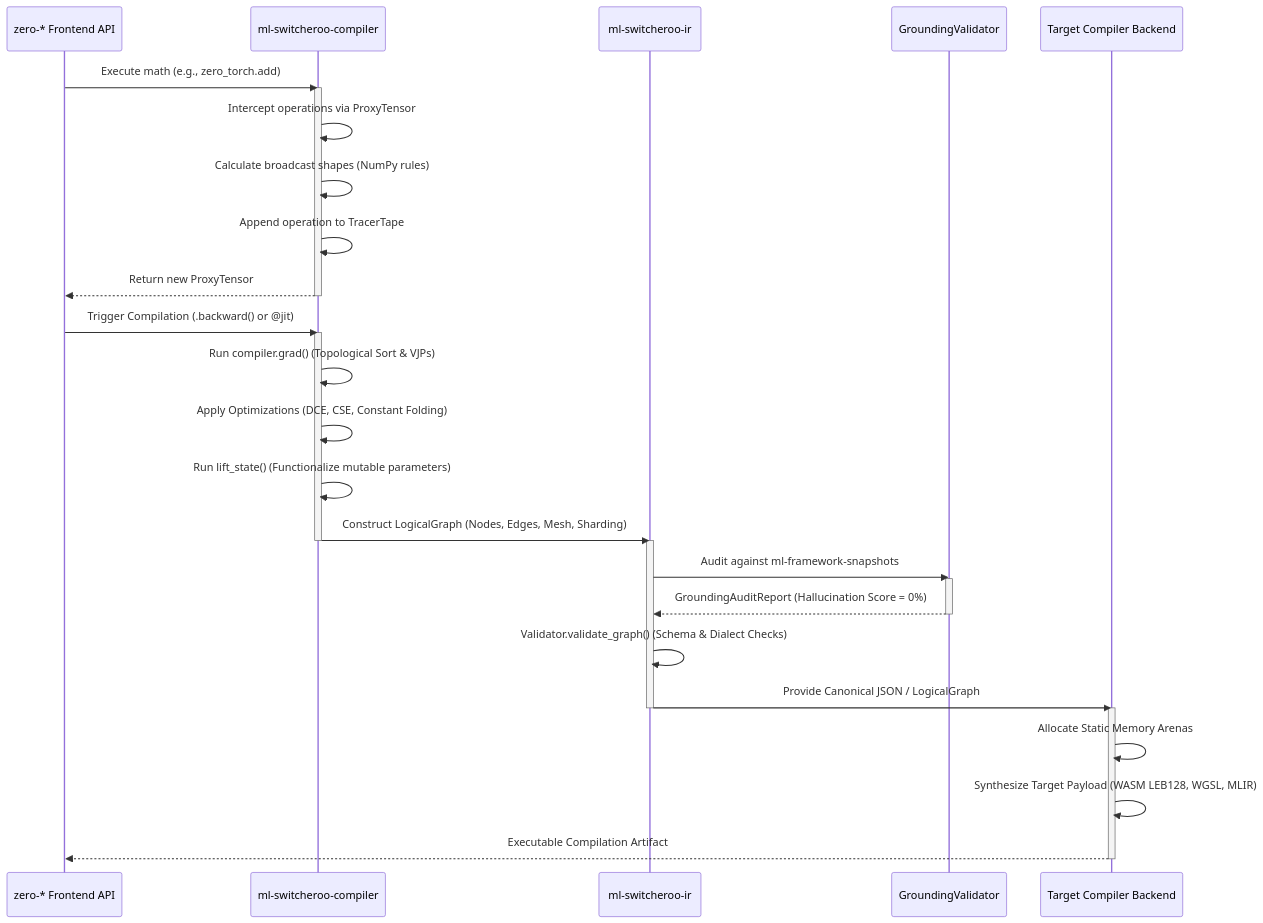
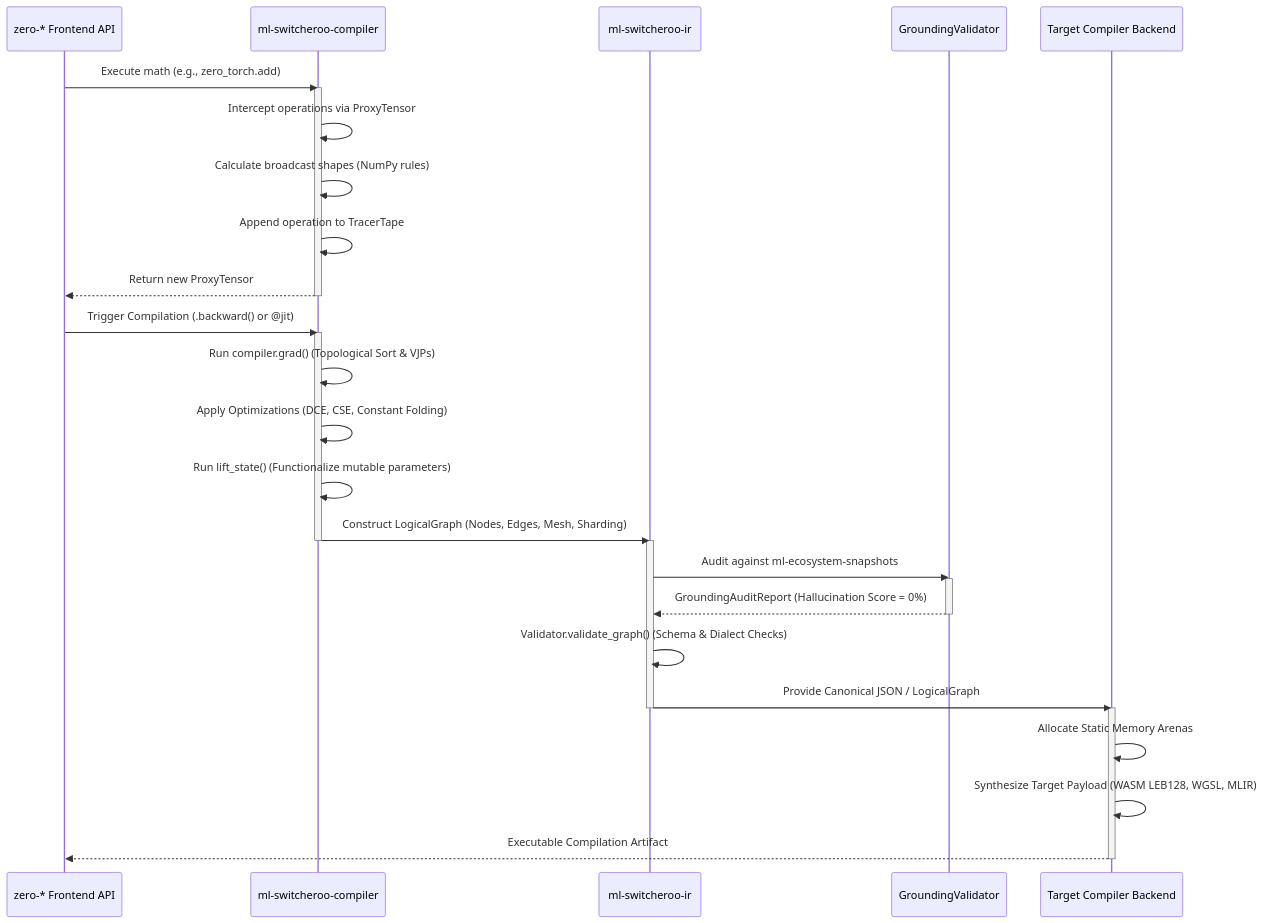
One commit to SamuelMarks/ml-switcheroo-ir changed the fourth of 4 diagrams in ARCHITECTURE.md. Above: the diagram before and after it, drawn with Mermaid. The commit also changed other lines of this file and 23 other files, not shown here.

````diff
--- a/ARCHITECTURE.md
+++ b/ARCHITECTURE.md
@@ -304,40 +304,40 @@
 ```mermaid
 sequenceDiagram
     participant User as zero-* Frontend API
     participant Compiler as ml-switcheroo-compiler
     participant IR as ml-switcheroo-ir
     participant Grounding as GroundingValidator
     participant Backend as Target Compiler Backend
 
     User->>Compiler: Execute math (e.g., zero_torch.add)
     activate Compiler
     Compiler->>Compiler: Intercept operations via ProxyTensor
     Compiler->>Compiler: Calculate broadcast shapes (NumPy rules)
     Compiler->>Compiler: Append operation to TracerTape
     Compiler-->>User: Return new ProxyTensor
     deactivate Compiler
 
     User->>Compiler: Trigger Compilation (.backward() or @jit)
     activate Compiler
     Compiler->>Compiler: Run compiler.grad() (Topological Sort & VJPs)
     Compiler->>Compiler: Apply Optimizations (DCE, CSE, Constant Folding)
     Compiler->>Compiler: Run lift_state() (Functionalize mutable parameters)
     Compiler->>IR: Construct LogicalGraph (Nodes, Edges, Mesh, Sharding)
     deactivate Compiler
 
     activate IR
-    IR->>Grounding: Audit against ml-framework-snapshots
+    IR->>Grounding: Audit against ml-ecosystem-snapshots
     activate Grounding
     Grounding-->>IR: GroundingAuditReport (Hallucination Score = 0%)
     deactivate Grounding
     
     IR->>IR: Validator.validate_graph() (Schema & Dialect Checks)
     IR->>Backend: Provide Canonical JSON / LogicalGraph
     deactivate IR
 
     activate Backend
     Backend->>Backend: Allocate Static Memory Arenas
     Backend->>Backend: Synthesize Target Payload (WASM LEB128, WGSL, MLIR)
     Backend-->>User: Executable Compilation Artifact
     deactivate Backend
 ```
````
